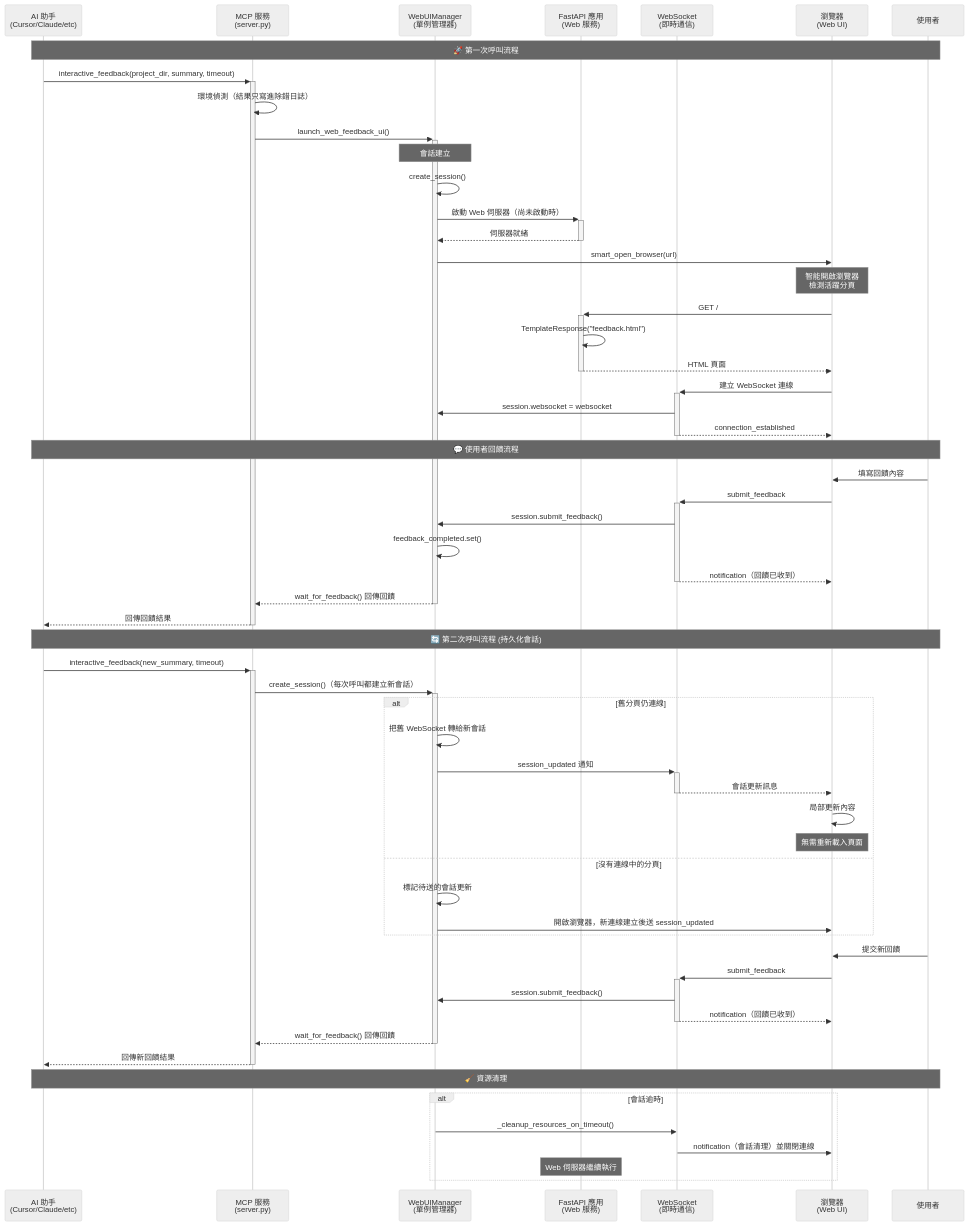
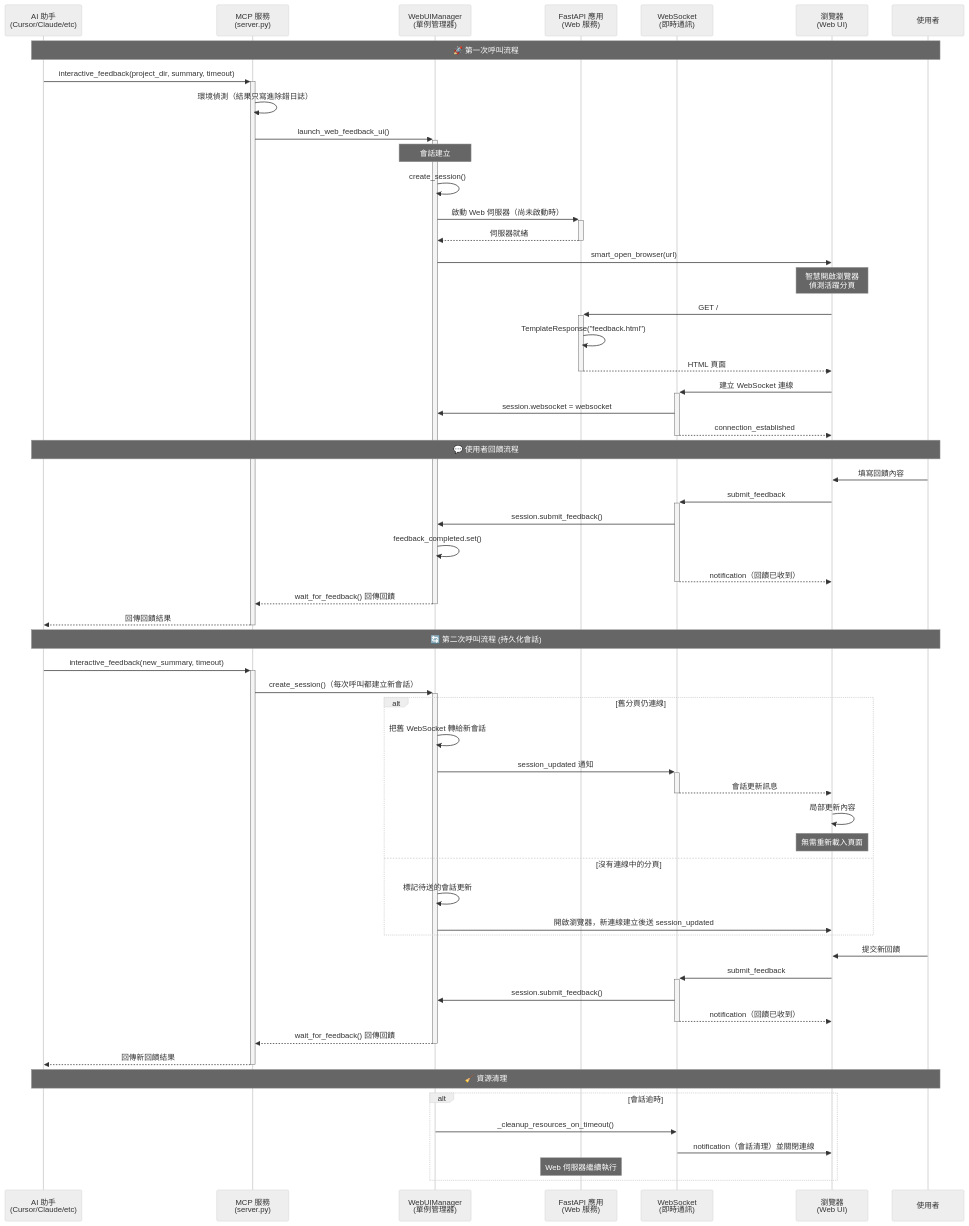
One commit to CloudEngineHub/mcp-feedback-enhanced changed the first of 12 diagrams in docs/architecture/interaction-flows.md. Above: the diagram before and after it, drawn with Mermaid (neutral theme). The commit also changed other lines of this file, not shown here.

````diff
--- a/docs/architecture/interaction-flows.md
+++ b/docs/architecture/interaction-flows.md
@@ -19,70 +19,70 @@
 ```mermaid
 sequenceDiagram
     participant AI as AI 助手<br/>(Cursor/Claude/etc)
     participant MCP as MCP 服務<br/>(server.py)
     participant WM as WebUIManager<br/>(單例管理器)
     participant FastAPI as FastAPI 應用<br/>(Web 服務)
-    participant WS as WebSocket<br/>(即時通信)
+    participant WS as WebSocket<br/>(即時通訊)
     participant Browser as 瀏覽器<br/>(Web UI)
     participant User as 使用者
 
     Note over AI,User: 🚀 第一次呼叫流程
     AI->>+MCP: interactive_feedback(project_dir, summary, timeout)
     MCP->>MCP: 環境偵測（結果只寫進除錯日誌）
     MCP->>+WM: launch_web_feedback_ui()
 
     Note over WM: 會話建立
     WM->>WM: create_session()
 
     WM->>+FastAPI: 啟動 Web 伺服器（尚未啟動時）
     FastAPI-->>-WM: 伺服器就緒
 
     WM->>Browser: smart_open_browser(url)
-    Note over Browser: 智能開啟瀏覽器<br/>檢測活躍分頁
+    Note over Browser: 智慧開啟瀏覽器<br/>偵測活躍分頁
 
     Browser->>+FastAPI: GET /
     FastAPI->>FastAPI: TemplateResponse("feedback.html")
     FastAPI-->>-Browser: HTML 頁面
 
     Browser->>+WS: 建立 WebSocket 連線
     WS->>WM: session.websocket = websocket
     WS-->>-Browser: connection_established
 
     Note over AI,User: 💬 使用者回饋流程
     User->>Browser: 填寫回饋內容
     Browser->>+WS: submit_feedback
     WS->>WM: session.submit_feedback()
     WM->>WM: feedback_completed.set()
     WS-->>-Browser: notification（回饋已收到）
     WM-->>-MCP: wait_for_feedback() 回傳回饋
     MCP-->>-AI: 回傳回饋結果
 
     Note over AI,User: 🔄 第二次呼叫流程 (持久化會話)
     AI->>+MCP: interactive_feedback(new_summary, timeout)
     MCP->>+WM: create_session()（每次呼叫都建立新會話）
 
     alt 舊分頁仍連線
         WM->>WM: 把舊 WebSocket 轉給新會話
         WM->>+WS: session_updated 通知
         WS-->>-Browser: 會話更新訊息
         Browser->>Browser: 局部更新內容
         Note over Browser: 無需重新載入頁面
     else 沒有連線中的分頁
         WM->>WM: 標記待送的會話更新
         WM->>Browser: 開啟瀏覽器，新連線建立後送 session_updated
     end
 
     User->>Browser: 提交新回饋
     Browser->>+WS: submit_feedback
     WS->>WM: session.submit_feedback()
     WS-->>-Browser: notification（回饋已收到）
     WM-->>-MCP: wait_for_feedback() 回傳回饋
     MCP-->>-AI: 回傳新回饋結果
 
     Note over AI,User: 🧹 資源清理
     alt 會話逾時
         WM->>WS: _cleanup_resources_on_timeout()
         WS->>Browser: notification（會話清理）並關閉連線
         Note over FastAPI: Web 伺服器繼續執行
     end
 ```
````
